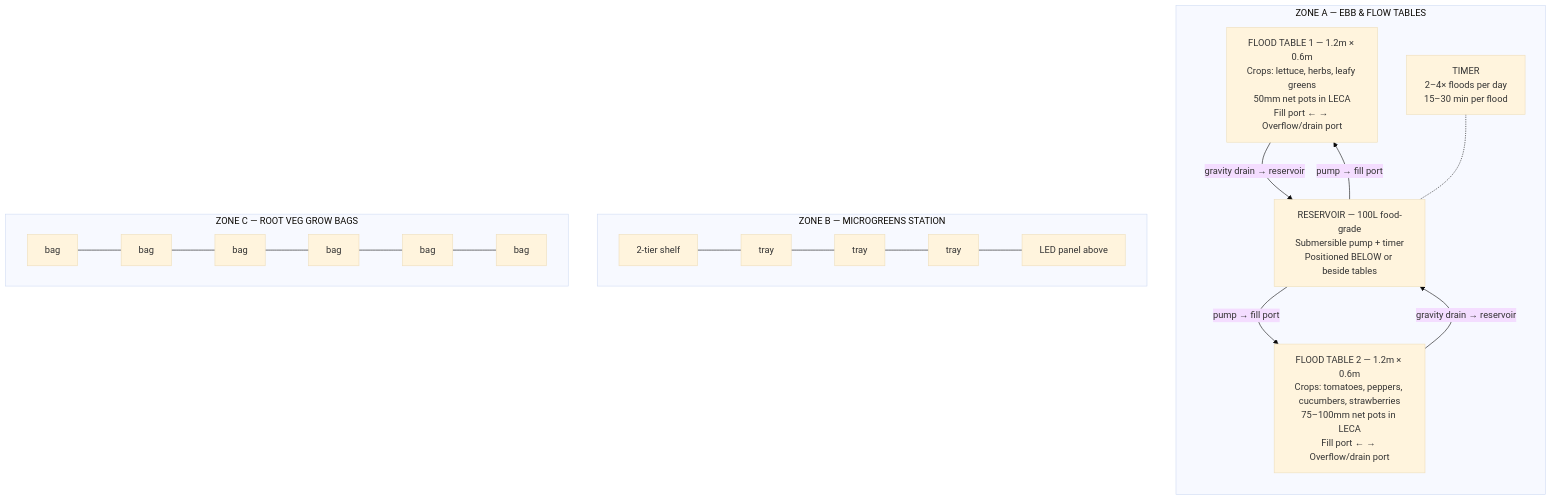
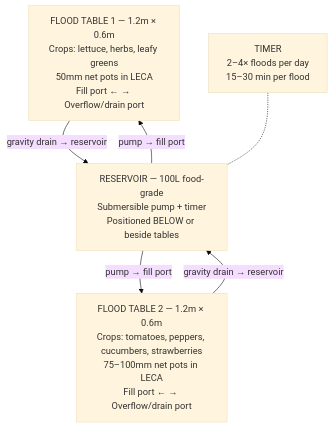
The first of 8 diagrams in guide/ebb-and-flow/11-build-guide.md (UncleJS/guide_hydroponics), drawn with Mermaid (base theme) before and after one commit. The commit also changed other lines of this file and 1 other file, not shown here.

Commit message:
Fix build guide overview: split 3-zone megadiagram into 3 separate diagrams
The single flowchart TD with three subgraphs was unfixable — subgraph
title text always overlaps inter-zone arrows, and removing arrows makes
zones render side-by-side horizontally at unreadable scale.

Replace with three independent labeled diagrams (one per zone), each
rendering at full width with correct proportions. Zone labels become
bold markdown headings above each diagram.

````diff
--- a/guide/ebb-and-flow/11-build-guide.md
+++ b/guide/ebb-and-flow/11-build-guide.md
@@ -73,23 +75,12 @@
 ```mermaid
-flowchart TD
-    subgraph ZA["ZONE A — EBB & FLOW TABLES"]
-        direction TB
-        T1["FLOOD TABLE 1 — 1.2m × 0.6m<br/>Crops: lettuce, herbs, leafy greens<br/>50mm net pots in LECA<br/>Fill port ← → Overflow/drain port"]
-        T2["FLOOD TABLE 2 — 1.2m × 0.6m<br/>Crops: tomatoes, peppers, cucumbers, strawberries<br/>75–100mm net pots in LECA<br/>Fill port ← → Overflow/drain port"]
-        RES["RESERVOIR — 100L food-grade<br/>Submersible pump + timer<br/>Positioned BELOW or beside tables"]
-        TIMER["TIMER<br/>2–4× floods per day<br/>15–30 min per flood"]
-        T1 -->|"gravity drain → reservoir"| RES
-        T2 -->|"gravity drain → reservoir"| RES
-        RES -->|"pump → fill port"| T1
-        RES -->|"pump → fill port"| T2
-        TIMER -.- RES
-    end
-    subgraph ZB["ZONE B — MICROGREENS STATION"]
-        direction LR
-        SHELF["2-tier shelf"] --- TR1["tray"] --- TR2["tray"] --- TR3["tray"] --- LED["LED panel above"]
-    end
-    subgraph ZC["ZONE C — ROOT VEG GROW BAGS"]
-        direction LR
-        B1["bag"] --- B2["bag"] --- B3["bag"] --- B4["bag"] --- B5["bag"] --- B6["bag"]
-    end
+flowchart TB
+    T1["FLOOD TABLE 1 — 1.2m × 0.6m<br/>Crops: lettuce, herbs, leafy greens<br/>50mm net pots in LECA<br/>Fill port ← → Overflow/drain port"]
+    T2["FLOOD TABLE 2 — 1.2m × 0.6m<br/>Crops: tomatoes, peppers, cucumbers, strawberries<br/>75–100mm net pots in LECA<br/>Fill port ← → Overflow/drain port"]
+    RES["RESERVOIR — 100L food-grade<br/>Submersible pump + timer<br/>Positioned BELOW or beside tables"]
+    TIMER["TIMER<br/>2–4× floods per day<br/>15–30 min per flood"]
+    T1 -->|"gravity drain → reservoir"| RES
+    T2 -->|"gravity drain → reservoir"| RES
+    RES -->|"pump → fill port"| T1
+    RES -->|"pump → fill port"| T2
+    TIMER -.- RES
 ```
````
